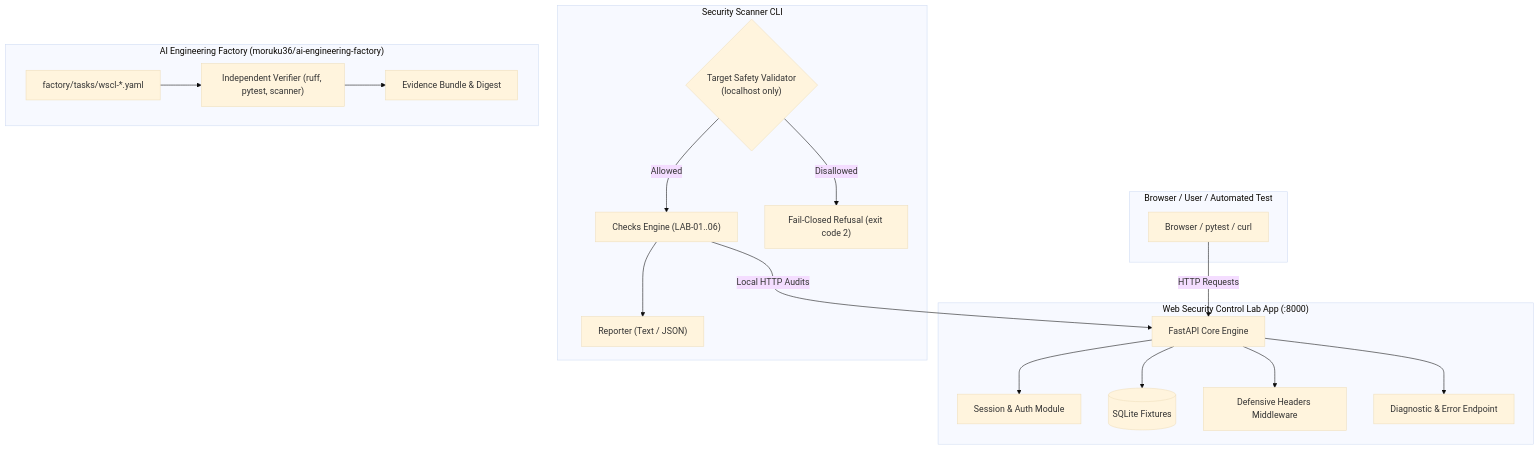
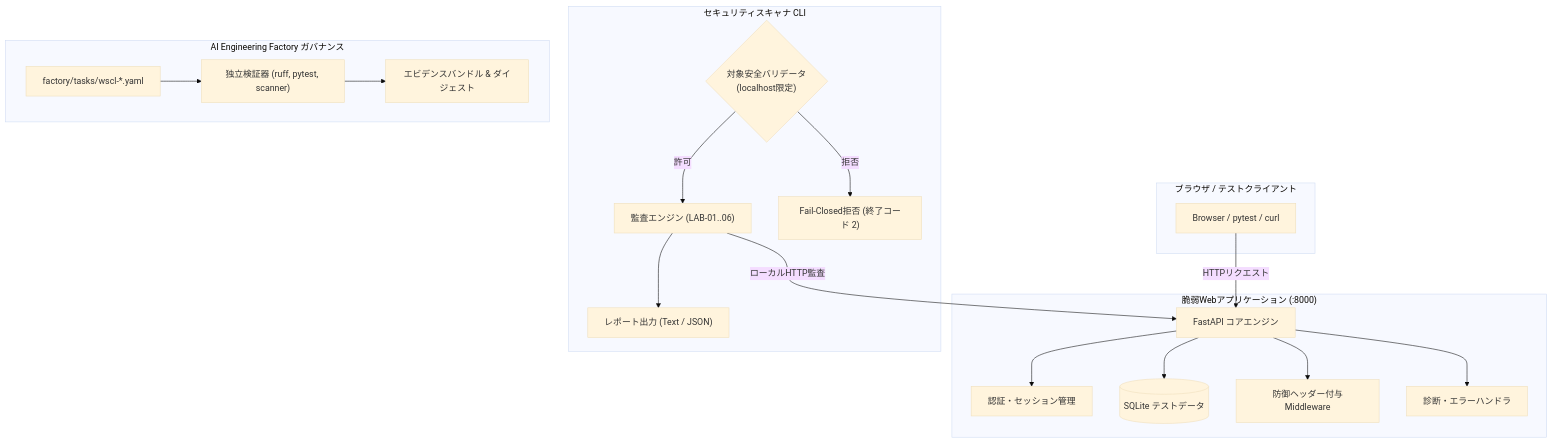
Before and after one commit to moruku36/web-security-control-lab: the diagram in docs/ARCHITECTURE.md, drawn with Mermaid (base theme). The commit also changed other lines of this file and 2 other files, not shown here.

Commit message:
docs: complete Japanese localization for architecture, lab guide, and handoff

````diff
--- a/docs/ARCHITECTURE.md
+++ b/docs/ARCHITECTURE.md
@@ -10,40 +11,40 @@
 ```mermaid
 flowchart TD
-    subgraph Browser / User / Automated Test
+    subgraph Browser / User / Automated Test ["ブラウザ / テストクライアント"]
         Client["Browser / pytest / curl"]
     end
 
-    subgraph "Web Security Control Lab App (:8000)"
-        App["FastAPI Core Engine"]
-        Auth["Session & Auth Module"]
-        DB[("SQLite Fixtures")]
-        Headers["Defensive Headers Middleware"]
-        Diagnostic["Diagnostic & Error Endpoint"]
+    subgraph AppContainer ["脆弱Webアプリケーション (:8000)"]
+        App["FastAPI コアエンジン"]
+        Auth["認証・セッション管理"]
+        DB[("SQLite テストデータ")]
+        Headers["防御ヘッダー付与Middleware"]
+        Diagnostic["診断・エラーハンドラ"]
 
         App --> Auth
         App --> DB
         App --> Headers
         App --> Diagnostic
     end
 
-    subgraph "Security Scanner CLI"
-        TargetVal{"Target Safety Validator<br/>(localhost only)"}
-        ScanEngine["Checks Engine (LAB-01..06)"]
-        Reporter["Reporter (Text / JSON)"]
+    subgraph ScannerContainer ["セキュリティスキャナ CLI"]
+        TargetVal{"対象安全バリデータ<br/>(localhost限定)"}
+        ScanEngine["監査エンジン (LAB-01..06)"]
+        Reporter["レポート出力 (Text / JSON)"]
 
-        TargetVal -->|Allowed| ScanEngine
-        TargetVal -->|Disallowed| Refuse["Fail-Closed Refusal (exit code 2)"]
+        TargetVal -->|許可| ScanEngine
+        TargetVal -->|拒否| Refuse["Fail-Closed拒否 (終了コード 2)"]
         ScanEngine --> Reporter
     end
 
-    subgraph "AI Engineering Factory (moruku36/ai-engineering-factory)"
+    subgraph FactoryContainer ["AI Engineering Factory ガバナンス"]
         Manifest["factory/tasks/wscl-*.yaml"]
-        Verifier["Independent Verifier (ruff, pytest, scanner)"]
-        Bundle["Evidence Bundle & Digest"]
+        Verifier["独立検証器 (ruff, pytest, scanner)"]
+        Bundle["エビデンスバンドル & ダイジェスト"]
 
         Manifest --> Verifier --> Bundle
     end
 
-    Client -->|HTTP Requests| App
-    ScanEngine -->|Local HTTP Audits| App
+    Client -->|HTTPリクエスト| App
+    ScanEngine -->|ローカルHTTP監査| App
 ```
````
